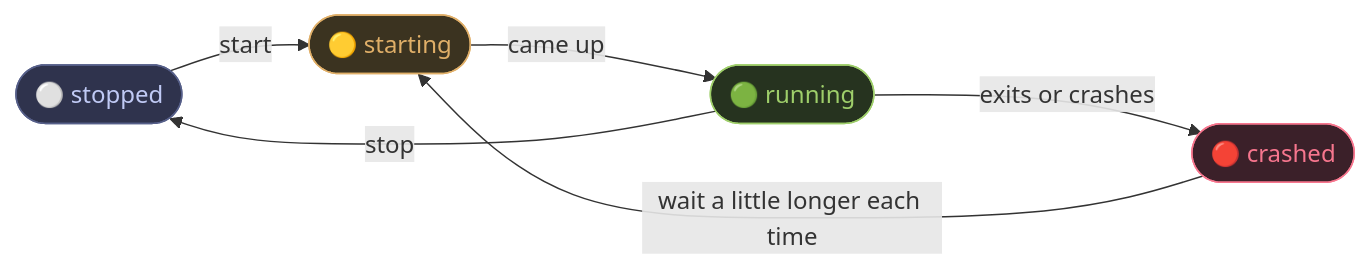
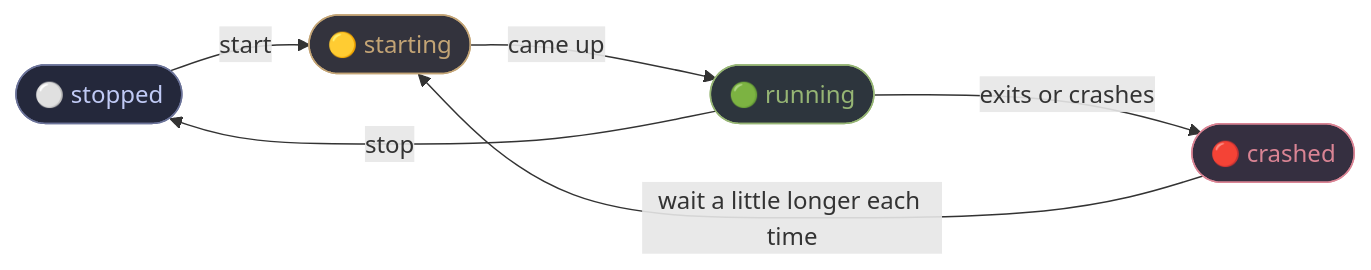
One commit to Kilo27/linux-nox changed the first of 2 diagrams in README.md. Above: the diagram before and after it, drawn with Mermaid. The commit also changed other lines of this file and 10 other files, not shown here.

````diff
--- a/README.md
+++ b/README.md
@@ -131,17 +132,17 @@
 ```mermaid
 flowchart LR
     S(["⚪ stopped"]) -->|start| ST(["🟡 starting"])
     ST -->|came up| R(["🟢 running"])
     R -->|stop| S
     R -->|exits or crashes| C(["🔴 crashed"])
     C -->|wait a little longer each time| ST
 
-    classDef stopped fill:#2f334d,stroke:#565f89,color:#c0caf5
-    classDef starting fill:#3b3320,stroke:#e0af68,color:#e0af68
-    classDef running fill:#26331f,stroke:#9ece6a,color:#9ece6a
-    classDef crashed fill:#3b2029,stroke:#f7768e,color:#f7768e
+    classDef stopped fill:#24283b,stroke:#6b7399,color:#c0caf5
+    classDef starting fill:#33333d,stroke:#c3a475,color:#c3a475
+    classDef running fill:#2d353d,stroke:#96b574,color:#96b574
+    classDef crashed fill:#352f40,stroke:#da8494,color:#da8494
     class S stopped
     class ST starting
     class R running
     class C crashed
 ```
````
